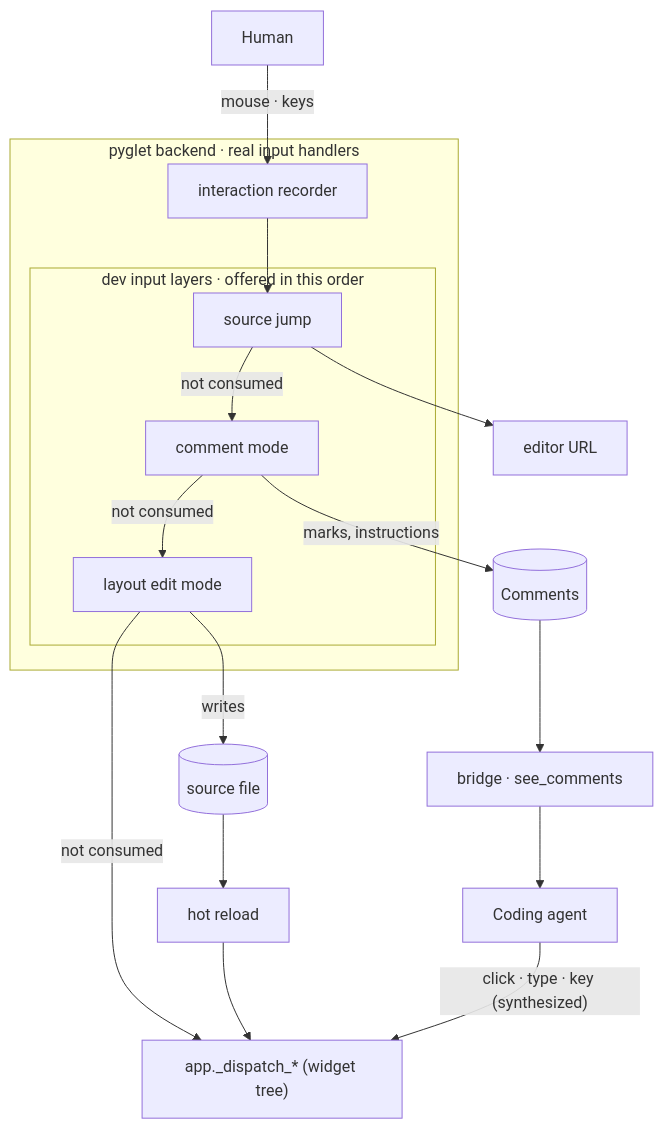
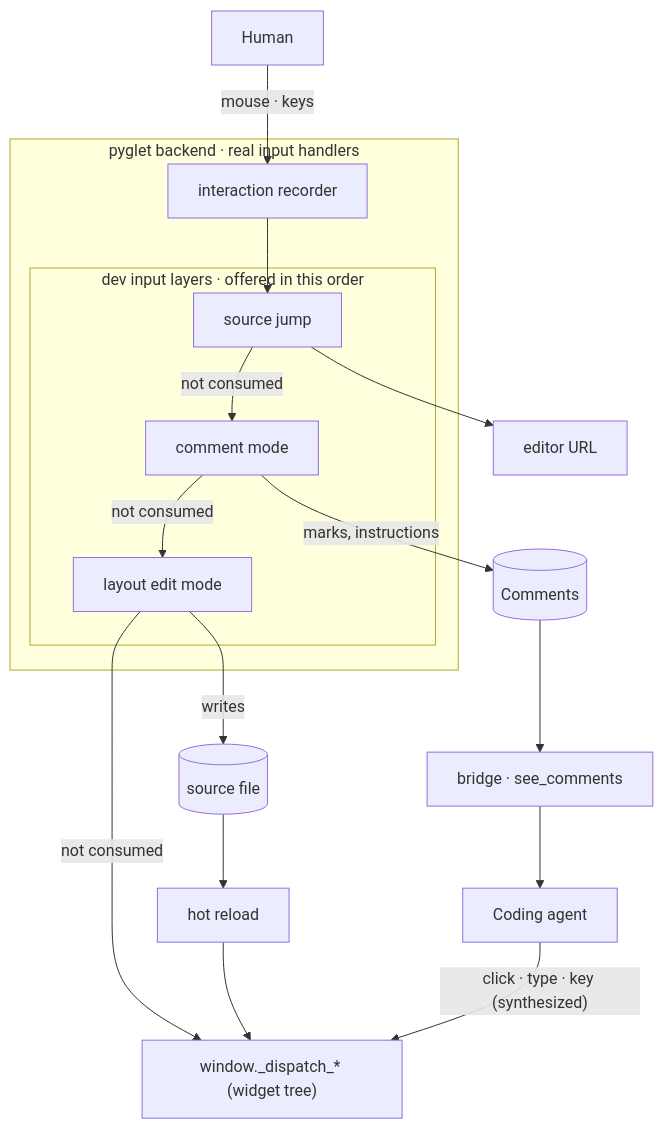
The diagram in docs/design/DEV_MODES.md (yuksblog/nuiitivet), drawn with Mermaid before and after one commit. The commit also changed other lines of this file and 4 other files, not shown here.

````diff
--- a/docs/design/DEV_MODES.md
+++ b/docs/design/DEV_MODES.md
@@ -31,26 +26,26 @@
 ```mermaid
 flowchart TB
     human[Human]
     agent[Coding agent]
     subgraph backend[pyglet backend · real input handlers]
         recorder[interaction recorder]
         subgraph layers[dev input layers · offered in this order]
             jump[source jump]
             comment[comment mode]
             layout[layout edit mode]
         end
     end
-    dispatch["app._dispatch_* (widget tree)"]
+    dispatch["window._dispatch_* (widget tree)"]
     comments[(Comments)]
     editor[editor URL]
     file[(source file)]
     reload[hot reload]
     bridge[bridge · see_comments]
 
     human -- "mouse · keys" --> recorder --> jump
     jump -- "not consumed" --> comment -- "not consumed" --> layout -- "not consumed" --> dispatch
     agent -- "click · type · key (synthesized)" --> dispatch
     jump --> editor
     comment -- marks, instructions --> comments --> bridge --> agent
     layout -- writes --> file --> reload --> dispatch
 ```
````
